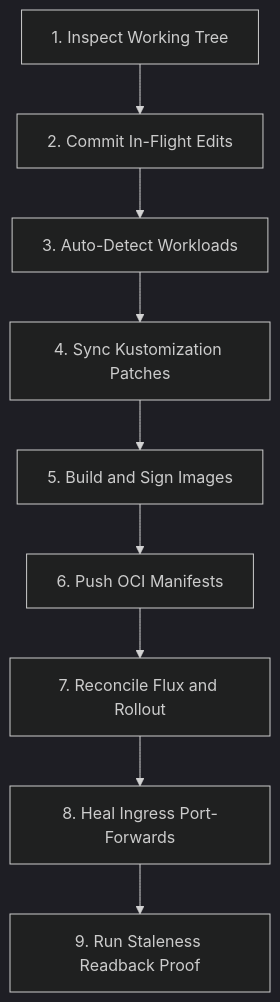
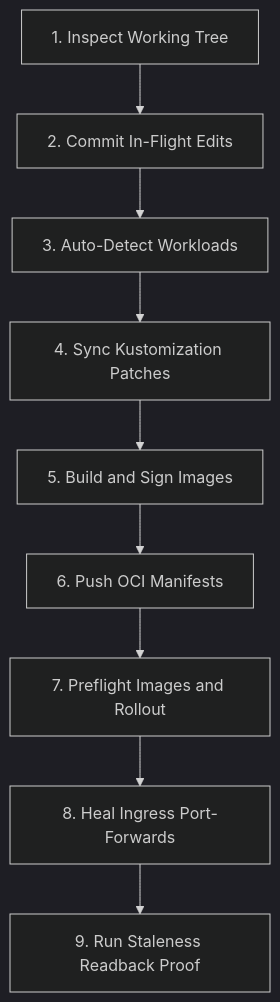
The diagram in .agents/skills/sl-local-deploy/Workflows/DeployInFlight.md (sublimino/architecture-as-code), drawn with Mermaid (dark theme) before and after one commit. The commit also changed other lines of this file and 3 other files, not shown here.

````diff
--- a/.agents/skills/sl-local-deploy/Workflows/DeployInFlight.md
+++ b/.agents/skills/sl-local-deploy/Workflows/DeployInFlight.md
@@ -8,11 +8,11 @@
 ```mermaid
 flowchart TD
   A["1. Inspect Working Tree"] --> B["2. Commit In-Flight Edits"]
   B --> C["3. Auto-Detect Workloads"]
   C --> D["4. Sync Kustomization Patches"]
   D --> E["5. Build and Sign Images"]
   E --> F["6. Push OCI Manifests"]
-  F --> G["7. Reconcile Flux and Rollout"]
+  F --> G["7. Preflight Images and Rollout"]
   G --> H["8. Heal Ingress Port-Forwards"]
   H --> I["9. Run Staleness Readback Proof"]
 ```
````
